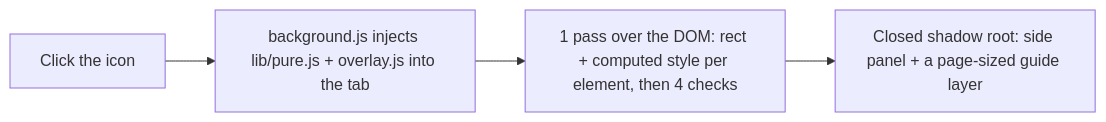
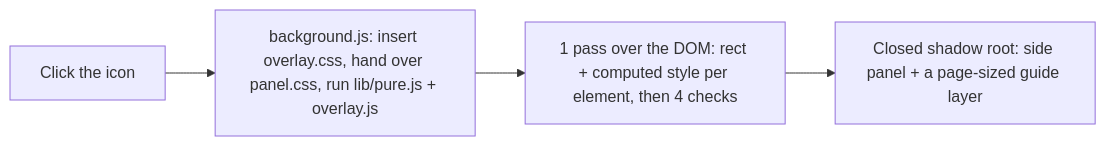
The diagram in README.md (bunlongheng/snake-eyes), drawn with Mermaid before and after one commit. The commit also changed other lines of this file and 11 other files, not shown here.

````diff
--- a/README.md
+++ b/README.md
@@ -66,6 +66,6 @@
 ```mermaid
 flowchart LR
-    C[Click the icon] --> I[background.js injects lib/pure.js + overlay.js into the tab]
+    C[Click the icon] --> I[background.js: insert overlay.css, hand over panel.css, run lib/pure.js + overlay.js]
     I --> S[1 pass over the DOM: rect + computed style per element, then 4 checks]
     S --> U[Closed shadow root: side panel + a page-sized guide layer]
 ```
````
